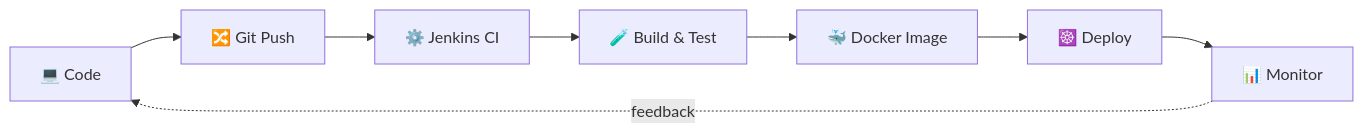
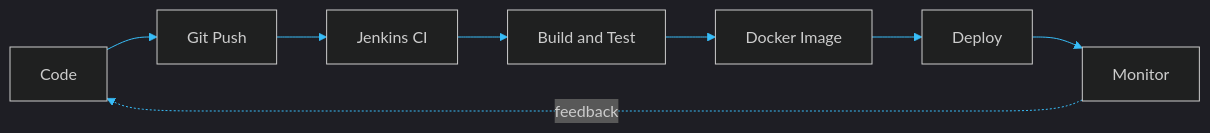
The diagram in README.md (aniketjha348/aniketjha348), drawn with Mermaid before and after one commit. The commit also changed other lines of this file, not shown here.

````diff
--- a/README.md
+++ b/README.md
@@ -47,10 +61,11 @@
 ```mermaid
+%%{init: {'theme':'dark','themeVariables':{'primaryColor':'#0B1B3A','primaryBorderColor':'#38BDF8','primaryTextColor':'#E0F2FE','lineColor':'#38BDF8','fontFamily':'monospace'}}}%%
 flowchart LR
-    A[💻 Code] --> B[🔀 Git Push]
-    B --> C[⚙️ Jenkins CI]
-    C --> D[🧪 Build & Test]
-    D --> E[🐳 Docker Image]
-    E --> F[☸️ Deploy]
-    F --> G[📊 Monitor]
+    A[Code] --> B[Git Push]
+    B --> C[Jenkins CI]
+    C --> D[Build and Test]
+    D --> E[Docker Image]
+    E --> F[Deploy]
+    F --> G[Monitor]
     G -.feedback.-> A
 ```
````
